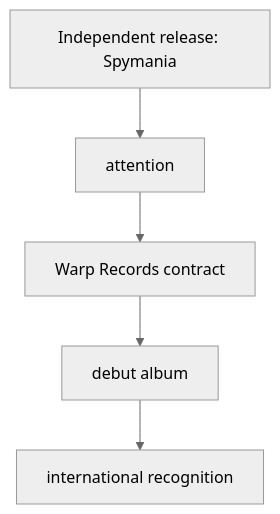
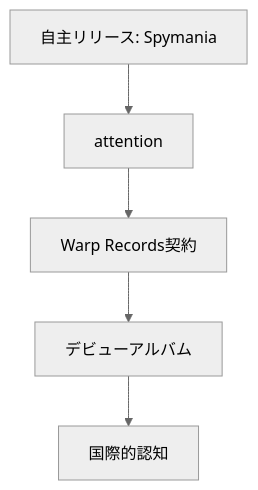
Before and after one commit to monumental-movement/monumental-movement.github.io: the first of 13 diagrams in en/_posts/2025-11-19-column-squarepusher.md, drawn with Mermaid (neutral theme). The commit also changed other lines of this file and 2196 other files, not shown here.

```diff
--- a/en/_posts/2025-11-19-column-squarepusher.md
+++ b/en/_posts/2025-11-19-column-squarepusher.md
@@ -73,9 +73,9 @@
 <div class="mermaid">
 
 graph TD
-    A[Independent release: Spymania] --> B[attention]
-    B --> C[Warp Records contract]
-    C --> D[debut album]
-    D --> E[international recognition]
+    A[自主リリース: Spymania] --> B[attention]
+    B --> C[Warp Records契約]
+    C --> D[デビューアルバム]
+    D --> E[国際的認知]
 
 </div>
```
